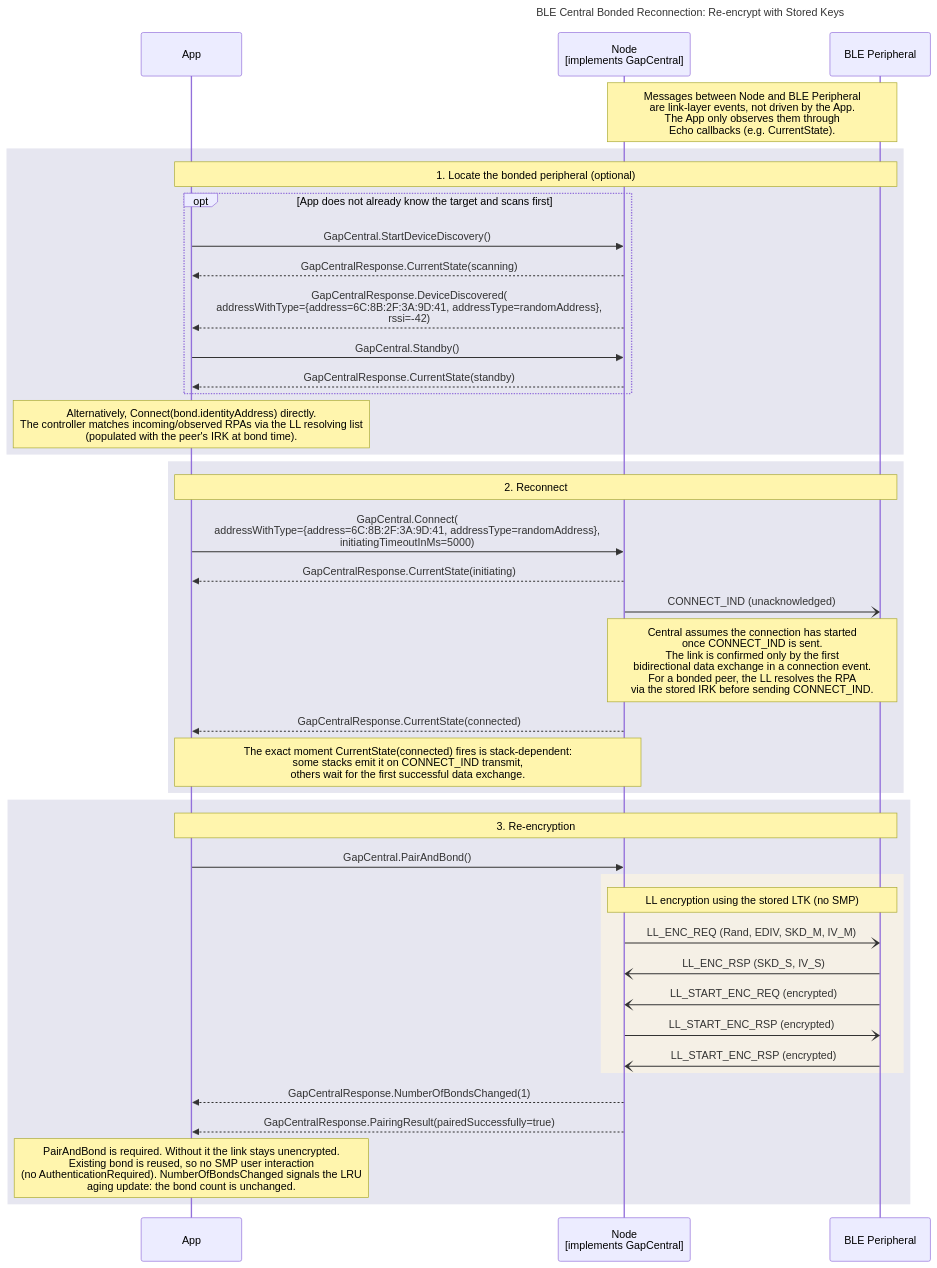
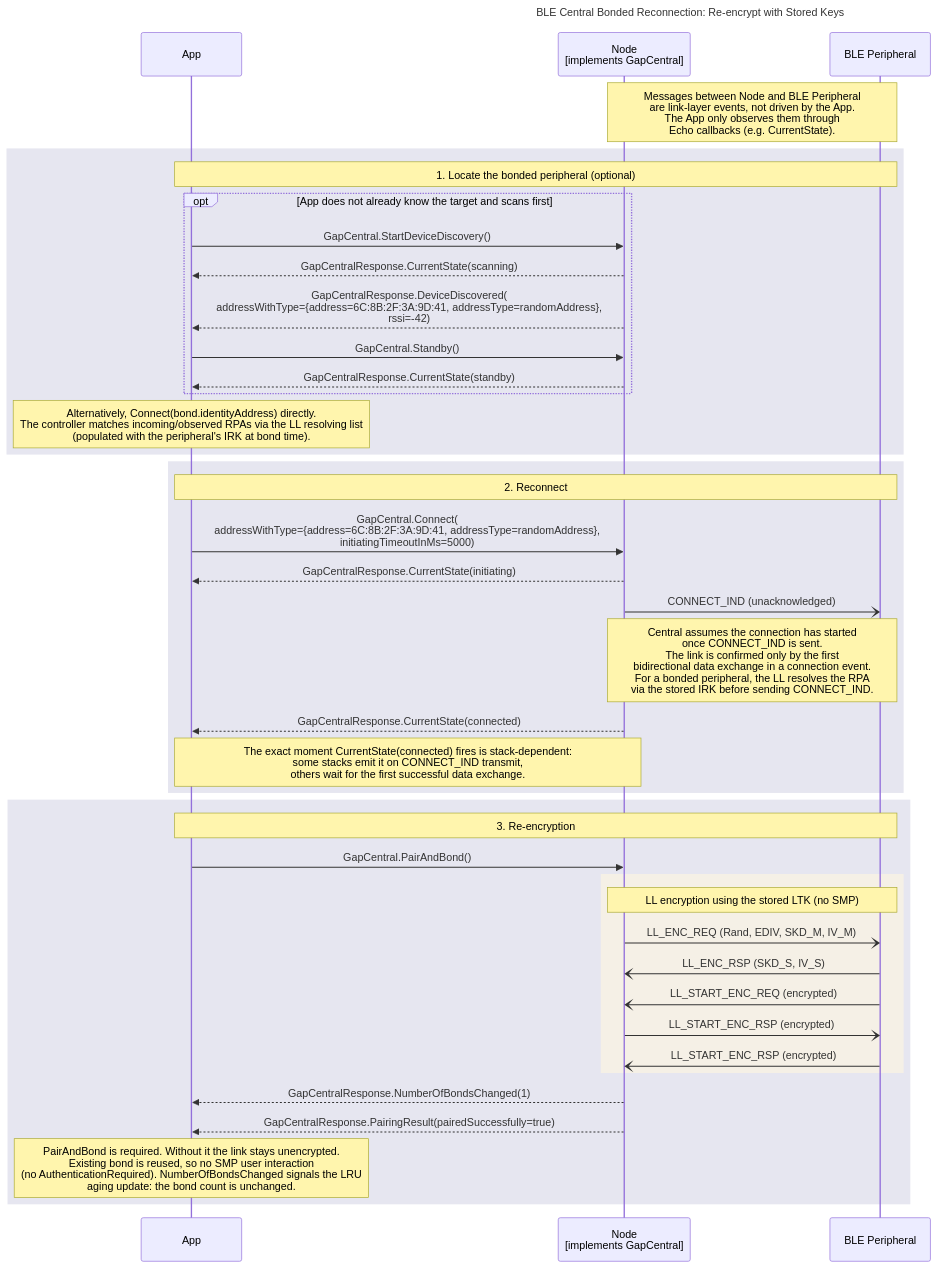
The diagram in documents/modules/ROOT/partials/echoservices/composite_flows/CentralRole_BondedReconnection_sequence.mmd (philips-software/amp-embedded-infra-lib), drawn with Mermaid before and after one commit. The commit also changed 7 other files, not shown here.

```diff
--- a/documents/modules/ROOT/partials/echoservices/composite_flows/CentralRole_BondedReconnection_sequence.mmd
+++ b/documents/modules/ROOT/partials/echoservices/composite_flows/CentralRole_BondedReconnection_sequence.mmd
@@ -1,49 +1,49 @@
 sequenceDiagram
     title BLE Central Bonded Reconnection: Re-encrypt with Stored Keys
 
     participant App as App
     participant Node as Node<br>[implements GapCentral]
     participant Peripheral as BLE Peripheral
 
 
     Note over Node, Peripheral: Messages between Node and BLE Peripheral<br>are link-layer events, not driven by the App.<br>The App only observes them through<br>Echo callbacks (e.g. CurrentState).
 
     rect rgb(230, 230, 240)
         note over App, Peripheral: 1. Locate the bonded peripheral (optional)
         opt App does not already know the target and scans first
             App->>Node: GapCentral.StartDeviceDiscovery()
             Node-->>App: GapCentralResponse.CurrentState(scanning)
             Node-->>App: GapCentralResponse.DeviceDiscovered(<br>addressWithType={address=6C:8B:2F:3A:9D:41, addressType=randomAddress},<br>rssi=-42)
             App->>Node: GapCentral.Standby()
             Node-->>App: GapCentralResponse.CurrentState(standby)
         end
 
-        Note over App: Alternatively, Connect(bond.identityAddress) directly.<br>The controller matches incoming/observed RPAs via the LL resolving list<br>(populated with the peer's IRK at bond time).
+        Note over App: Alternatively, Connect(bond.identityAddress) directly.<br>The controller matches incoming/observed RPAs via the LL resolving list<br>(populated with the peripheral's IRK at bond time).
     end
 
     rect rgb(230, 230, 240)
         note over App, Peripheral: 2. Reconnect
         App->>Node: GapCentral.Connect(<br>addressWithType={address=6C:8B:2F:3A:9D:41, addressType=randomAddress},<br>initiatingTimeoutInMs=5000)
         Node-->>App: GapCentralResponse.CurrentState(initiating)
         Node-)Peripheral: CONNECT_IND (unacknowledged)
-        Note over Node, Peripheral: Central assumes the connection has started<br>once CONNECT_IND is sent.<br>The link is confirmed only by the first<br>bidirectional data exchange in a connection event.<br>For a bonded peer, the LL resolves the RPA<br>via the stored IRK before sending CONNECT_IND.
+        Note over Node, Peripheral: Central assumes the connection has started<br>once CONNECT_IND is sent.<br>The link is confirmed only by the first<br>bidirectional data exchange in a connection event.<br>For a bonded peripheral, the LL resolves the RPA<br>via the stored IRK before sending CONNECT_IND.
         Node-->>App: GapCentralResponse.CurrentState(connected)
         Note over App, Node: The exact moment CurrentState(connected) fires is stack-dependent:<br>some stacks emit it on CONNECT_IND transmit,<br>others wait for the first successful data exchange.
     end
 
     rect rgb(230, 230, 240)
         note over App, Peripheral: 3. Re-encryption
         App->>Node: GapCentral.PairAndBond()
         rect rgb(245, 240, 230)
             Note over Node, Peripheral: LL encryption using the stored LTK (no SMP)
             Node-)Peripheral: LL_ENC_REQ (Rand, EDIV, SKD_M, IV_M)
             Peripheral-)Node: LL_ENC_RSP (SKD_S, IV_S)
             Peripheral-)Node: LL_START_ENC_REQ (encrypted)
             Node-)Peripheral: LL_START_ENC_RSP (encrypted)
             Peripheral-)Node: LL_START_ENC_RSP (encrypted)
         end
         Node-->>App: GapCentralResponse.NumberOfBondsChanged(1)
         Node-->>App: GapCentralResponse.PairingResult(pairedSuccessfully=true)
 
         Note over App: PairAndBond is required. Without it the link stays unencrypted.<br>Existing bond is reused, so no SMP user interaction<br>(no AuthenticationRequired). NumberOfBondsChanged signals the LRU<br>aging update: the bond count is unchanged.
     end
```
